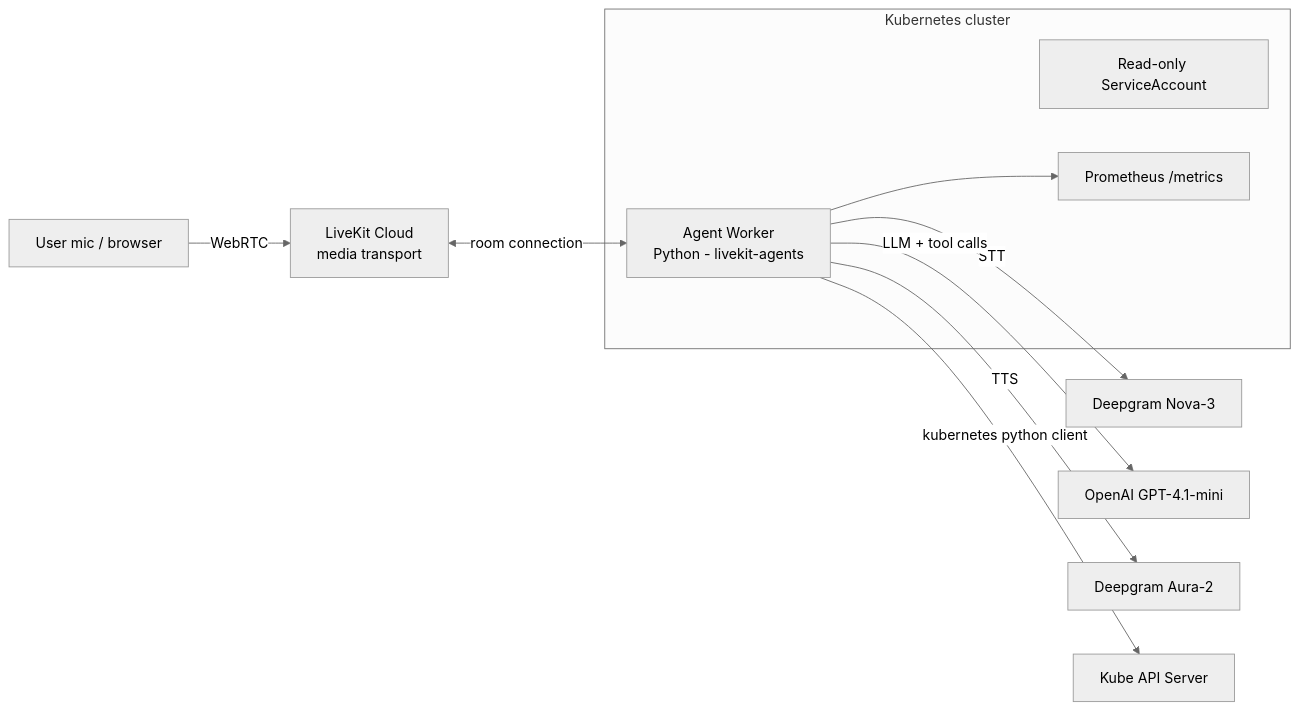
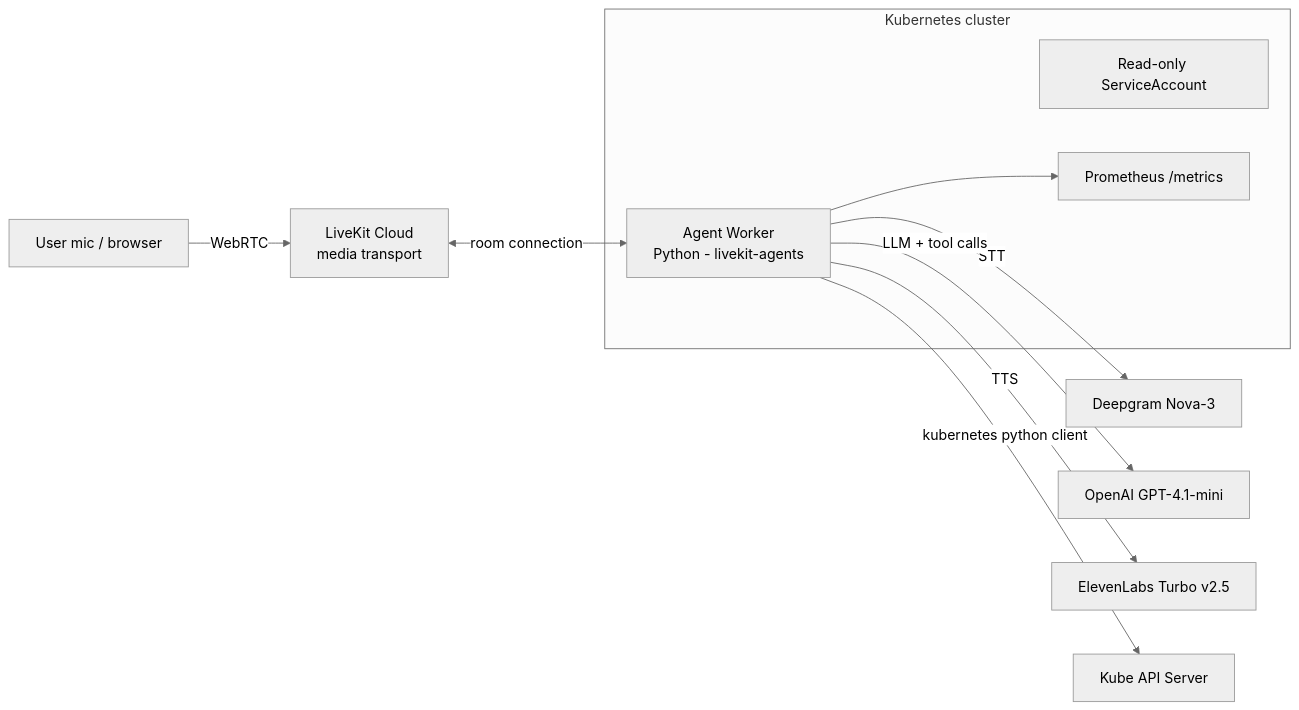
One commit to shasdas/kubevoice changed the diagram in README.md. Above: the diagram before and after it, drawn with Mermaid (neutral theme). The commit also changed other lines of this file and 4 other files, not shown here.

Commit message:
using eleven_turbo_v2_5 for tts from 11labs

````diff
--- a/README.md
+++ b/README.md
@@ -17,15 +17,15 @@
 ```mermaid
 flowchart LR
     U[User mic / browser] -->|WebRTC| LK[LiveKit Cloud\nmedia transport]
     LK <-->|room connection| W[Agent Worker\nPython - livekit-agents]
     subgraph K8s [Kubernetes cluster]
         W
         RBAC[Read-only ServiceAccount]
         M[Prometheus /metrics]
     end
     W -->|STT| STT[Deepgram Nova-3]
     W -->|LLM + tool calls| LLM[OpenAI GPT-4.1-mini]
-    W -->|TTS| TTS[Deepgram Aura-2]
+    W -->|TTS| TTS[ElevenLabs Turbo v2.5]
     W -->|kubernetes python client| API[Kube API Server]
     W --> M
 ```
````
